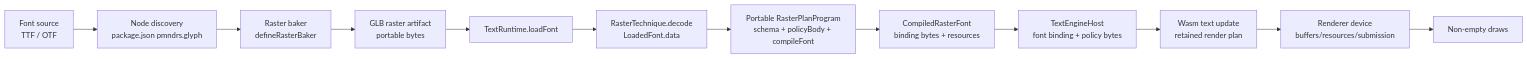
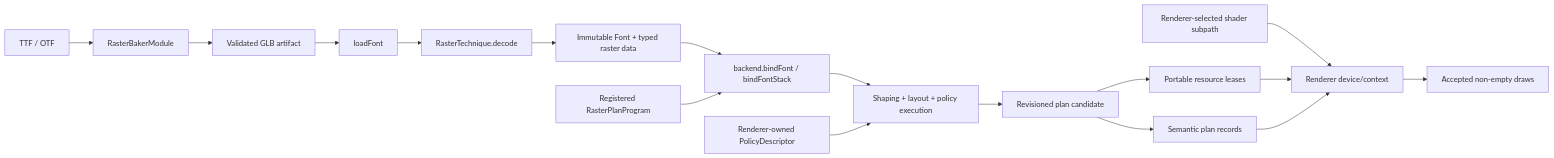
One commit to alvarosabu/glyph changed the first of 2 diagrams in docs/guides/technique-implementation-report.md. Above: the diagram before and after it, drawn with Mermaid. The commit also changed other lines of this file and 390 other files, not shown here.

First line of the commit message:
feat: recover portable render techniques onto main (#131)

````diff
--- a/docs/guides/technique-implementation-report.md
+++ b/docs/guides/technique-implementation-report.md
@@ -46,14 +49,19 @@
 ```mermaid
 flowchart LR
-  Source[Font source\nTTF / OTF] --> Discover[Node discovery\npackage.json pmndrs.glyph]
-  Discover --> Baker[Raster baker\ndefineRasterBaker]
-  Baker --> Artifact[GLB raster artifact\nportable bytes]
-  Artifact --> Load[TextRuntime.loadFont]
-  Load --> Raster[RasterTechnique.decode\nLoadedFont.data]
-  Raster --> Plan[Portable RasterPlanProgram\nschema + policyBody + compileFont]
-  Plan --> Binding[CompiledRasterFont\nbinding bytes + resources]
-  Binding --> Host[TextEngineHost\nfont binding + policy bytes]
-  Host --> Frame[Wasm text update\nretained render plan]
-  Frame --> Device[Renderer device\nbuffers/resources/submission]
-  Device --> Draw[Non-empty draws]
+  Source[TTF / OTF] --> Baker[RasterBakerModule]
+  Baker --> Artifact[Validated GLB artifact]
+  Artifact --> Load[loadFont]
+  Load --> Raster[RasterTechnique.decode]
+  Raster --> Font[Immutable Font + typed raster data]
+  Font --> Bind[backend.bindFont / bindFontStack]
+  Plan[Registered RasterPlanProgram] --> Bind
+  Bind --> Wasm[Shaping + layout + policy execution]
+  Policy[Renderer-owned PolicyDescriptor] --> Wasm
+  Wasm --> Candidate[Revisioned plan candidate]
+  Candidate --> Payloads[Portable resource leases]
+  Candidate --> Records[Semantic plan records]
+  Shader[Renderer-selected shader subpath] --> Device[Renderer device/context]
+  Payloads --> Device
+  Records --> Device
+  Device --> Draw[Accepted non-empty draws]
 ```
````
